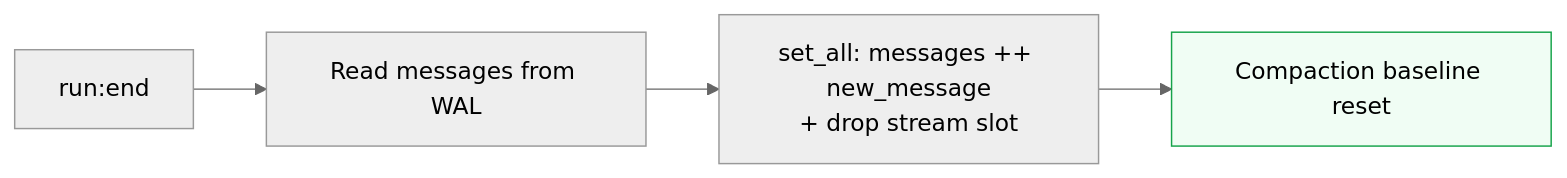
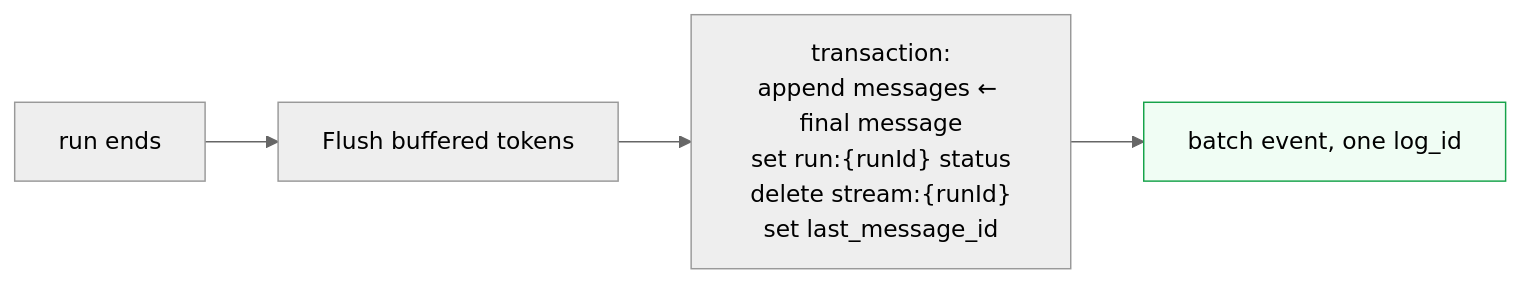
The fourth of 5 diagrams in docs/chat/reference/concepts.md (sahilpohare/pingerchips-docs), drawn with Mermaid (neutral theme) before and after one commit. The commit also changed other lines of this file and 12 other files, not shown here.

````diff
--- a/docs/chat/reference/concepts.md
+++ b/docs/chat/reference/concepts.md
@@ -107,8 +139,8 @@
 ```mermaid
 graph LR
-    RE[run:end] --> R[Read messages from WAL]
-    R --> W[set_all: messages ++ new_message\n+ drop stream slot]
-    W --> C[Compaction baseline reset]
+    RE[run ends] --> F[Flush buffered tokens]
+    F --> TX["transaction:\nappend messages ← final message\nset run:{runId} status\ndelete stream:{runId}\nset last_message_id"]
+    TX --> B[batch event, one log_id]
 
-    style C fill:#f0fdf4,stroke:#16a34a
+    style B fill:#f0fdf4,stroke:#16a34a
 ```
````
